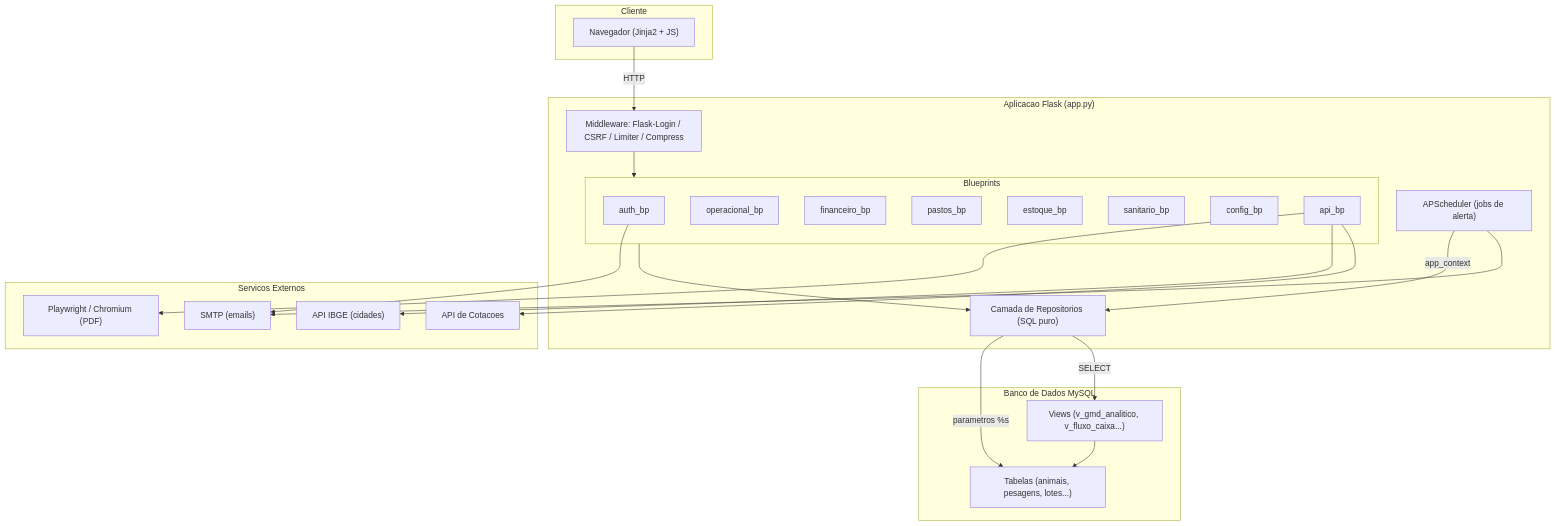
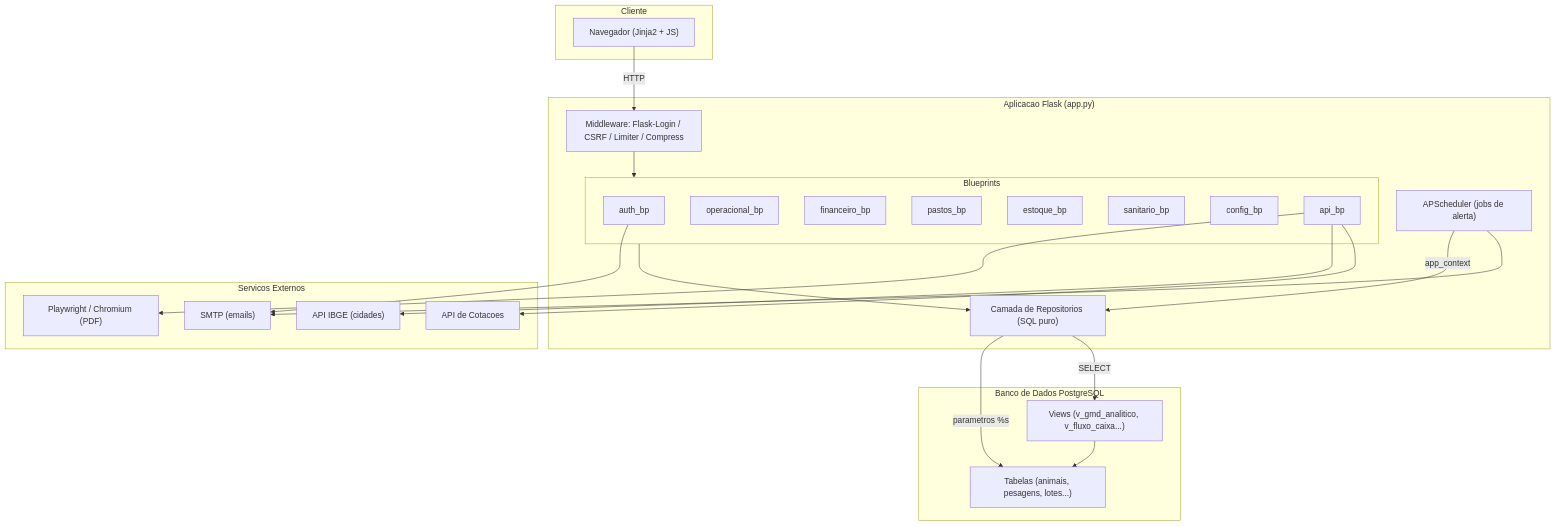
The first of 3 diagrams in DOCUMENTATION.md (Dom1ng0s/sistema_gado), drawn with Mermaid before and after one commit. The commit also changed other lines of this file and 6 other files, not shown here.

First line of the commit message:
feat(#115): deploy config + docs + demo scripts para PostgreSQL

````diff
--- a/DOCUMENTATION.md
+++ b/DOCUMENTATION.md
@@ -70,47 +70,47 @@
 ```mermaid
 graph TD
     subgraph Cliente
         Browser["Navegador (Jinja2 + JS)"]
     end
 
     subgraph "Aplicacao Flask (app.py)"
         MW["Middleware: Flask-Login / CSRF / Limiter / Compress"]
         subgraph Blueprints
             AUTH["auth_bp"]
             OPER["operacional_bp"]
             FIN["financeiro_bp"]
             PAST["pastos_bp"]
             EST["estoque_bp"]
             SAN["sanitario_bp"]
             CFG["config_bp"]
             API["api_bp"]
         end
         REPO["Camada de Repositorios (SQL puro)"]
         SCHED["APScheduler (jobs de alerta)"]
     end
 
-    subgraph "Banco de Dados MySQL"
+    subgraph "Banco de Dados PostgreSQL"
         TBL["Tabelas (animais, pesagens, lotes...)"]
         VW["Views (v_gmd_analitico, v_fluxo_caixa...)"]
     end
 
     subgraph "Servicos Externos"
         SMTP["SMTP (emails)"]
         PW["Playwright / Chromium (PDF)"]
         IBGE["API IBGE (cidades)"]
         COT["API de Cotacoes"]
     end
 
     Browser -->|HTTP| MW
     MW --> Blueprints
     Blueprints --> REPO
     API --> PW
     REPO -->|"parametros %s"| TBL
     REPO -->|SELECT| VW
     VW --> TBL
     SCHED -->|app_context| REPO
     SCHED --> SMTP
     AUTH --> SMTP
     API --> IBGE
     API --> COT
 ```
````
